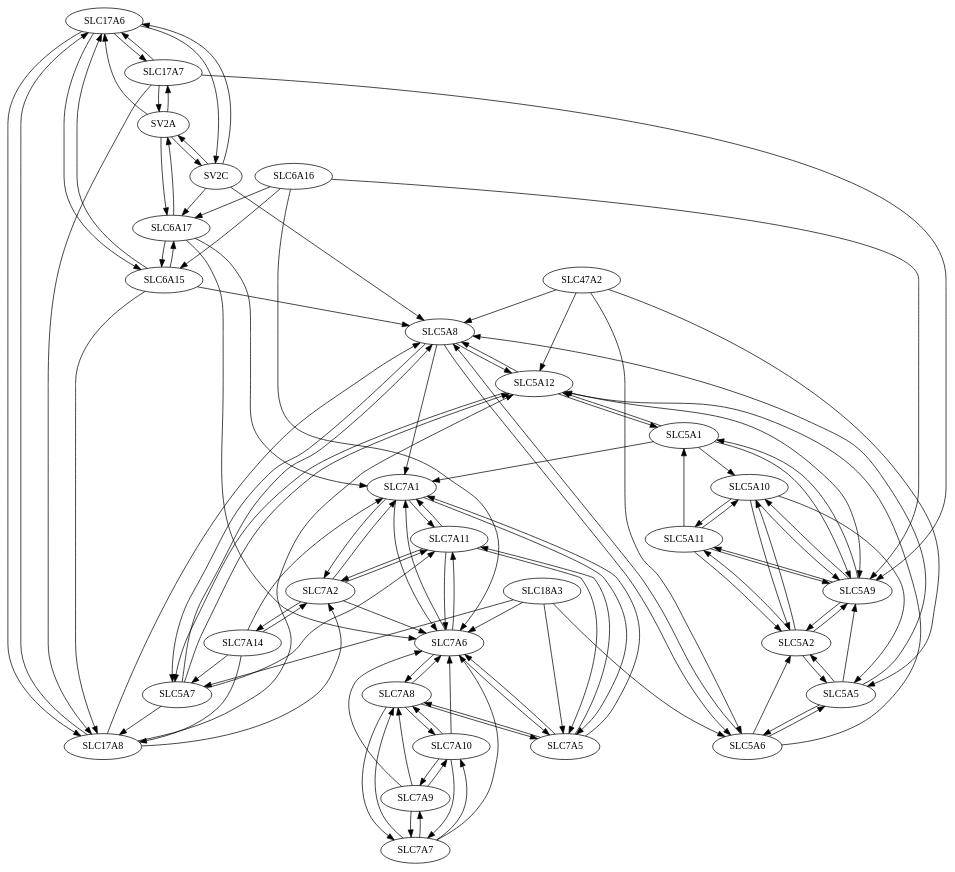
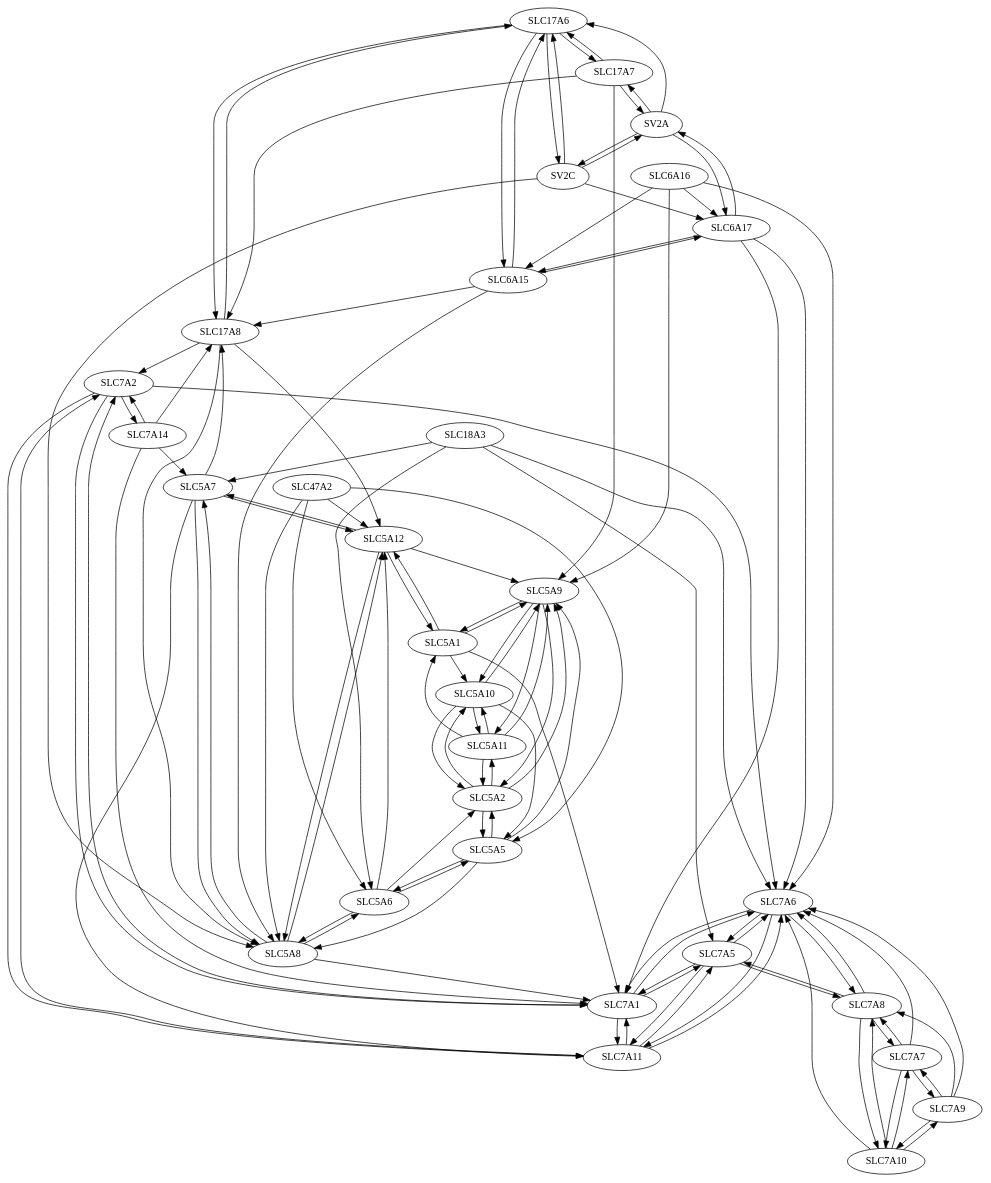
Before and after one commit to leonfrench/map-of-proteins-data: the diagram in v5/graphs/152.graph.dot, drawn with Graphviz. The commit also changed other lines of this file, not shown here.

```diff
--- a/v5/graphs/152.graph.dot
+++ b/v5/graphs/152.graph.dot
@@ -1,152 +1,152 @@
 digraph G {
-"SLC17A6" ["l"="102.817375,-40.509296"]
-"SLC17A7" ["l"="101.885300,-40.471581"]
-"SLC17A8" ["l"="103.395241,-40.993137"]
-"SLC18A3" ["l"="102.161186,-40.236549"]
-"SLC47A2" ["l"="102.159081,-40.218105"]
-"SLC5A1" ["l"="103.696167,-40.409157"]
-"SLC5A10" ["l"="103.586029,-41.038376"]
-"SLC5A11" ["l"="103.755554,-40.580772"]
-"SLC5A12" ["l"="103.205429,-40.734665"]
-"SLC5A2" ["l"="103.654602,-40.846214"]
-"SLC5A5" ["l"="103.899414,-40.803219"]
-"SLC5A6" ["l"="103.498672,-40.294151"]
-"SLC5A7" ["l"="103.625381,-40.882206"]
-"SLC5A8" ["l"="103.436348,-40.475956"]
-"SLC5A9" ["l"="103.661316,-40.678459"]
-"SLC6A15" ["l"="103.475655,-40.825821"]
-"SLC6A16" ["l"="103.859871,-40.826088"]
-"SLC6A17" ["l"="103.932106,-40.867172"]
-"SLC7A1" ["l"="102.892181,-40.840816"]
-"SLC7A10" ["l"="102.650818,-41.540115"]
-"SLC7A11" ["l"="102.649147,-40.692886"]
-"SLC7A14" ["l"="103.355141,-40.656704"]
-"SLC7A2" ["l"="103.304764,-40.654598"]
-"SLC7A5" ["l"="102.866714,-41.190498"]
-"SLC7A6" ["l"="102.686111,-41.334930"]
-"SLC7A7" ["l"="102.902252,-41.876343"]
-"SLC7A8" ["l"="102.806664,-41.499485"]
-"SLC7A9" ["l"="102.751465,-41.859436"]
-"SV2A" ["l"="103.153877,-40.267570"]
-"SV2C" ["l"="102.988884,-40.724556"]
 "SLC17A6" -> "SLC17A8"
 "SLC17A6" -> "SLC17A7"
 "SLC17A6" -> "SLC6A15"
 "SLC17A6" -> "SV2C"
 "SLC17A7" -> "SLC17A6"
 "SLC17A7" -> "SLC5A9"
 "SLC17A7" -> "SLC17A8"
 "SLC17A7" -> "SV2A"
 "SLC17A8" -> "SLC17A6"
 "SLC17A8" -> "SLC5A12"
 "SLC17A8" -> "SLC5A8"
 "SLC17A8" -> "SLC7A2"
 "SLC18A3" -> "SLC5A7"
 "SLC18A3" -> "SLC7A6"
 "SLC18A3" -> "SLC7A5"
 "SLC18A3" -> "SLC5A6"
 "SLC47A2" -> "SLC5A12"
 "SLC47A2" -> "SLC5A8"
 "SLC47A2" -> "SLC5A6"
 "SLC47A2" -> "SLC5A5"
 "SLC5A1" -> "SLC5A9"
 "SLC5A1" -> "SLC5A12"
 "SLC5A1" -> "SLC7A1"
 "SLC5A1" -> "SLC5A10"
 "SLC5A10" -> "SLC5A2"
 "SLC5A10" -> "SLC5A9"
 "SLC5A10" -> "SLC5A11"
 "SLC5A10" -> "SLC5A5"
 "SLC5A11" -> "SLC5A10"
 "SLC5A11" -> "SLC5A9"
 "SLC5A11" -> "SLC5A2"
 "SLC5A11" -> "SLC5A1"
 "SLC5A12" -> "SLC5A8"
 "SLC5A12" -> "SLC5A1"
 "SLC5A12" -> "SLC5A9"
 "SLC5A12" -> "SLC5A7"
 "SLC5A2" -> "SLC5A10"
 "SLC5A2" -> "SLC5A9"
 "SLC5A2" -> "SLC5A11"
 "SLC5A2" -> "SLC5A5"
 "SLC5A5" -> "SLC5A9"
 "SLC5A5" -> "SLC5A6"
 "SLC5A5" -> "SLC5A2"
 "SLC5A5" -> "SLC5A8"
 "SLC5A6" -> "SLC5A5"
 "SLC5A6" -> "SLC5A8"
 "SLC5A6" -> "SLC5A12"
 "SLC5A6" -> "SLC5A2"
 "SLC5A7" -> "SLC5A8"
 "SLC5A7" -> "SLC5A12"
 "SLC5A7" -> "SLC7A11"
 "SLC5A7" -> "SLC17A8"
 "SLC5A8" -> "SLC5A12"
 "SLC5A8" -> "SLC5A7"
 "SLC5A8" -> "SLC5A6"
 "SLC5A8" -> "SLC7A1"
 "SLC5A9" -> "SLC5A10"
 "SLC5A9" -> "SLC5A2"
 "SLC5A9" -> "SLC5A11"
 "SLC5A9" -> "SLC5A1"
 "SLC6A15" -> "SLC6A17"
 "SLC6A15" -> "SLC17A6"
 "SLC6A15" -> "SLC17A8"
 "SLC6A15" -> "SLC5A8"
 "SLC6A16" -> "SLC5A9"
 "SLC6A16" -> "SLC6A15"
 "SLC6A16" -> "SLC6A17"
 "SLC6A16" -> "SLC7A6"
 "SLC6A17" -> "SLC6A15"
 "SLC6A17" -> "SV2A"
 "SLC6A17" -> "SLC7A6"
 "SLC6A17" -> "SLC7A1"
 "SLC7A1" -> "SLC7A2"
 "SLC7A1" -> "SLC7A5"
 "SLC7A1" -> "SLC7A6"
 "SLC7A1" -> "SLC7A11"
 "SLC7A10" -> "SLC7A8"
 "SLC7A10" -> "SLC7A7"
 "SLC7A10" -> "SLC7A9"
 "SLC7A10" -> "SLC7A6"
 "SLC7A11" -> "SLC7A6"
 "SLC7A11" -> "SLC7A5"
 "SLC7A11" -> "SLC7A1"
 "SLC7A11" -> "SLC7A2"
 "SLC7A14" -> "SLC7A1"
 "SLC7A14" -> "SLC7A2"
 "SLC7A14" -> "SLC5A7"
 "SLC7A14" -> "SLC17A8"
 "SLC7A2" -> "SLC7A1"
 "SLC7A2" -> "SLC7A11"
 "SLC7A2" -> "SLC7A6"
 "SLC7A2" -> "SLC7A14"
 "SLC7A5" -> "SLC7A6"
 "SLC7A5" -> "SLC7A1"
 "SLC7A5" -> "SLC7A11"
 "SLC7A5" -> "SLC7A8"
 "SLC7A6" -> "SLC7A5"
 "SLC7A6" -> "SLC7A8"
 "SLC7A6" -> "SLC7A11"
 "SLC7A6" -> "SLC7A1"
 "SLC7A7" -> "SLC7A9"
 "SLC7A7" -> "SLC7A8"
 "SLC7A7" -> "SLC7A10"
 "SLC7A7" -> "SLC7A6"
 "SLC7A8" -> "SLC7A6"
 "SLC7A8" -> "SLC7A5"
 "SLC7A8" -> "SLC7A7"
 "SLC7A8" -> "SLC7A10"
 "SLC7A9" -> "SLC7A7"
 "SLC7A9" -> "SLC7A10"
 "SLC7A9" -> "SLC7A8"
 "SLC7A9" -> "SLC7A6"
 "SV2A" -> "SLC6A17"
 "SV2A" -> "SV2C"
 "SV2A" -> "SLC17A6"
 "SV2A" -> "SLC17A7"
 "SV2C" -> "SLC5A8"
 "SV2C" -> "SV2A"
 "SV2C" -> "SLC6A17"
 "SV2C" -> "SLC17A6"
+"SLC17A6" ["l"="102.817375,-40.509296"]
+"SLC17A7" ["l"="101.885300,-40.471581"]
+"SLC17A8" ["l"="103.395241,-40.993137"]
+"SLC18A3" ["l"="102.161186,-40.236549"]
+"SLC47A2" ["l"="102.159081,-40.218105"]
+"SLC5A1" ["l"="103.696167,-40.409157"]
+"SLC5A10" ["l"="103.586029,-41.038376"]
+"SLC5A11" ["l"="103.755554,-40.580772"]
+"SLC5A12" ["l"="103.205429,-40.734665"]
+"SLC5A2" ["l"="103.654602,-40.846214"]
+"SLC5A5" ["l"="103.899414,-40.803219"]
+"SLC5A6" ["l"="103.498672,-40.294151"]
+"SLC5A7" ["l"="103.625381,-40.882206"]
+"SLC5A8" ["l"="103.436348,-40.475956"]
+"SLC5A9" ["l"="103.661316,-40.678459"]
+"SLC6A15" ["l"="103.475655,-40.825821"]
+"SLC6A16" ["l"="103.859871,-40.826088"]
+"SLC6A17" ["l"="103.932106,-40.867172"]
+"SLC7A1" ["l"="102.892181,-40.840816"]
+"SLC7A10" ["l"="102.650818,-41.540115"]
+"SLC7A11" ["l"="102.649147,-40.692886"]
+"SLC7A14" ["l"="103.355141,-40.656704"]
+"SLC7A2" ["l"="103.304764,-40.654598"]
+"SLC7A5" ["l"="102.866714,-41.190498"]
+"SLC7A6" ["l"="102.686111,-41.334930"]
+"SLC7A7" ["l"="102.902252,-41.876343"]
+"SLC7A8" ["l"="102.806664,-41.499485"]
+"SLC7A9" ["l"="102.751465,-41.859436"]
+"SV2A" ["l"="103.153877,-40.267570"]
+"SV2C" ["l"="102.988884,-40.724556"]
 }
```
